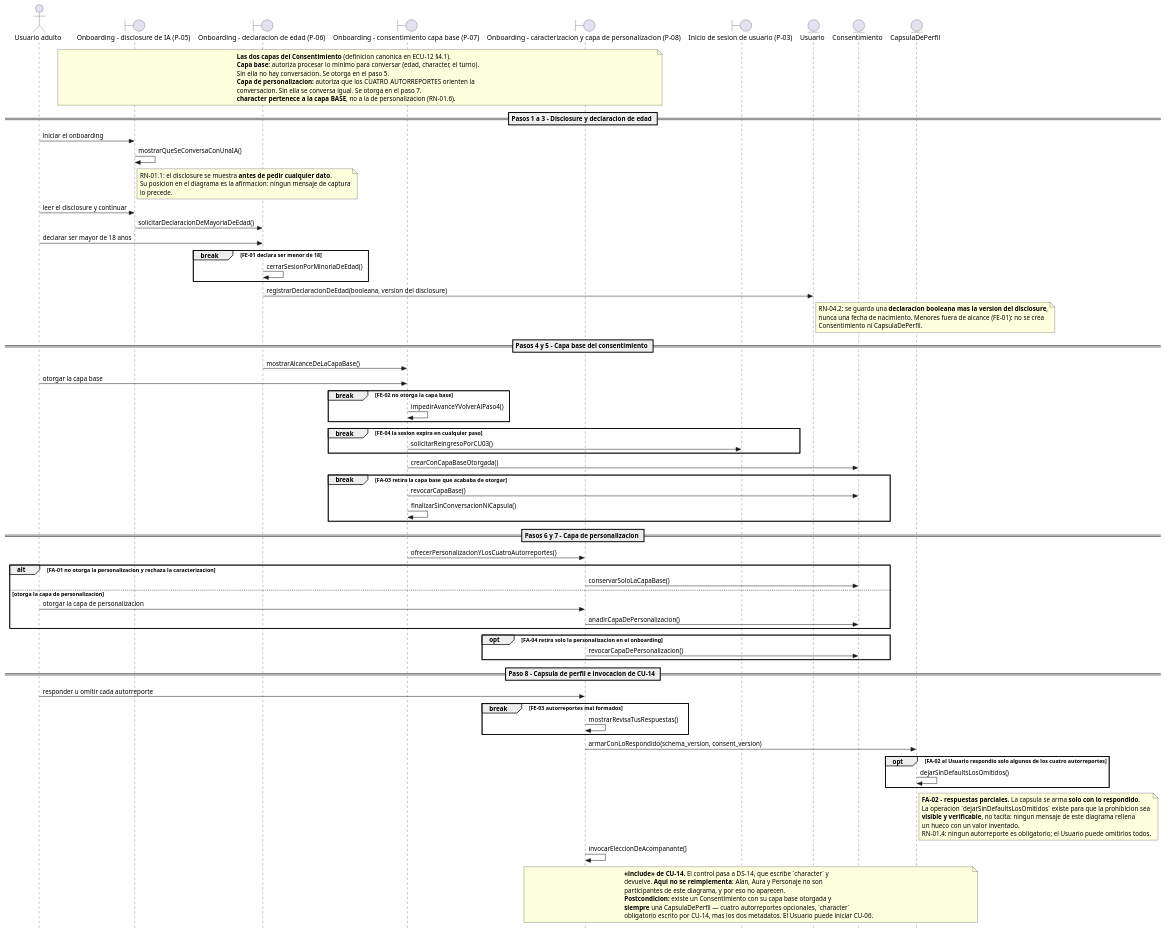
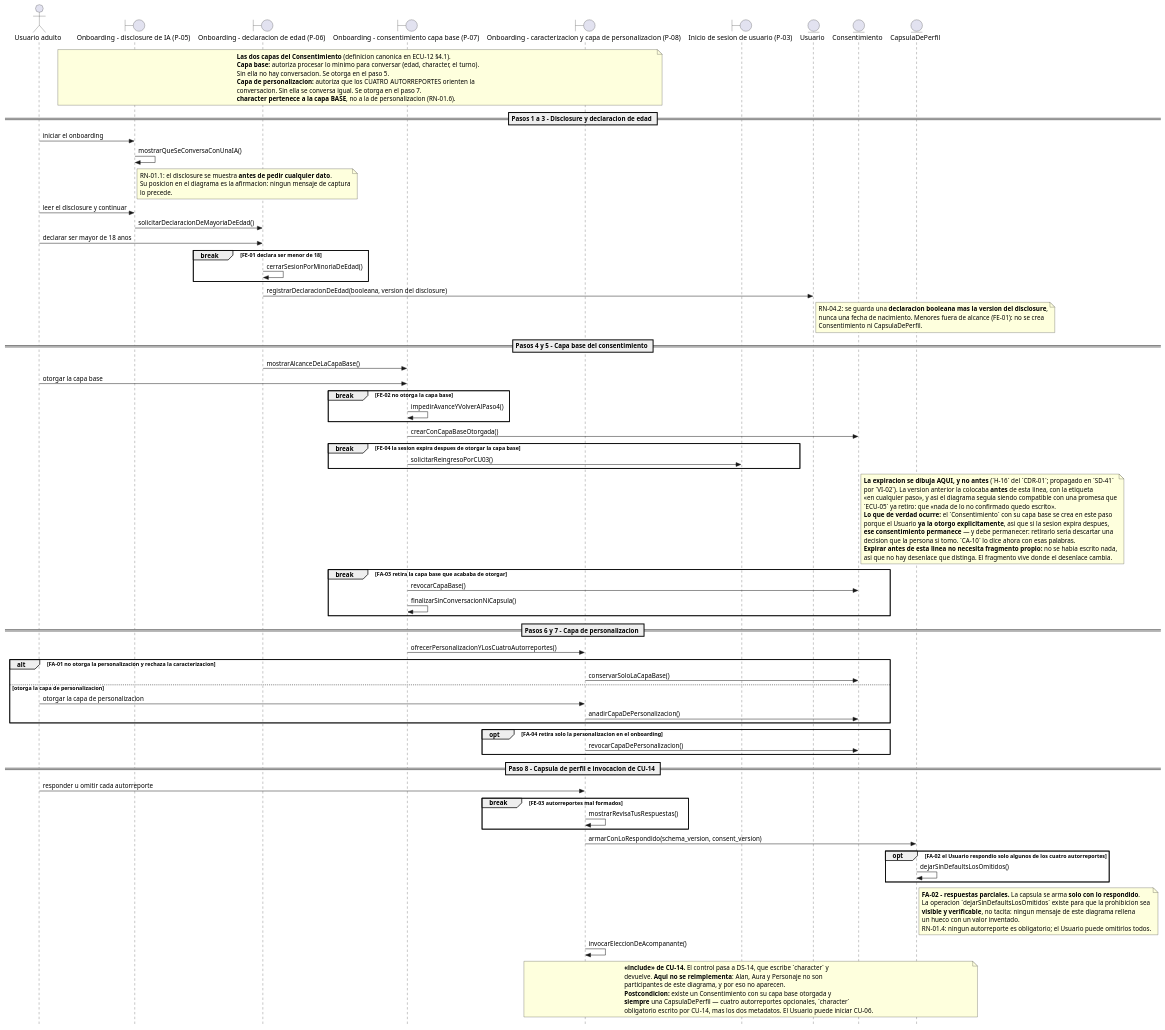
Before and after one commit to jonatan8254/alan-aura-academico: the diagram in docs/07_casos_uso/secuencia/puml/DS-05_secuencia_consentimiento_caracterizacion.puml, drawn with PlantUML. The commit also changed 11 other files, not shown here.

```diff
--- a/docs/07_casos_uso/secuencia/puml/DS-05_secuencia_consentimiento_caracterizacion.puml
+++ b/docs/07_casos_uso/secuencia/puml/DS-05_secuencia_consentimiento_caracterizacion.puml
@@ -1,134 +1,153 @@
 @startuml
 ' DS-05 - Secuencia de CU-05 «Otorgar consentimiento y crear la capsula de perfil»
+' v1.3 (VI-02 del CDR-01 v1.4, SD-41): FE-04 se mueve DESPUES de crearConCapaBaseOtorgada().
+'       Estaba antes, con la etiqueta «en cualquier paso», y asi el diagrama seguia siendo
+'       compatible con la promesa que ECU-05 retiro en H-16 —«nada de lo no confirmado quedo
+'       escrito»—. El Consentimiento de la capa base se crea en el paso 5 porque el Usuario ya
+'       la otorgo, asi que expirar despues lo encuentra escrito, y debe dejarlo. Expirar antes
+'       no necesita fragmento: no se habia escrito nada. Sin cambio en el conteo de mensajes.
 ' v1.2 (VI-01 del CDR-01 v1.4, SD-41): FE-02 y FE-03 vuelven de opt a BREAK.
 '       Criterio: estan a profundidad 0 —el fragmento envolvente es la interaccion
 '       entera— y su fila de ECU declara que el remanente NO se ejecuta. En UML 2.5
 '       `break` ejecuta su operando EN LUGAR DEL RESTO: es esa semantica exacta.
 '       `opt` solo saltaba su cuerpo y el flujo caia al exito.
 '       Consecuencia declarada: para estos casos el `break` ORIGINAL era correcto y
 '       esa parte de H-01 fue un falso positivo. Ver DS-00 §12.
 ' v1.1 (CDR-01, H-01): FE-02 y FE-03 pasan de break a opt — su texto declara «Vuelve».
 ' v1.0 (fase de diseno detallado, ICONIX paso 6)
 ' Insumos: DR-05 v2.0 (16 controladores), ECU-05 v2.0, MD-01 v1.4, DCU-01 v2.1,
 '          DIS-00 (P-05..P-08; destino P-03), PRIV-01, MV-01 §7.
 ' Capa de infraestructura: NO EJECUTADA por decision declarada (E-1 de DS-00).
 
 skinparam style strictuml
 skinparam shadowing false
 skinparam responseMessageBelowArrow true
 
 actor "Usuario adulto" as ACT_Usuario
 boundary "Onboarding - disclosure de IA (P-05)" as B_PantallaDisclosure
 boundary "Onboarding - declaracion de edad (P-06)" as B_PantallaEdad
 boundary "Onboarding - consentimiento capa base (P-07)" as B_PantallaConsentimiento
 boundary "Onboarding - caracterizacion y capa de personalizacion (P-08)" as B_PantallaCaracterizacion
 boundary "Inicio de sesion de usuario (P-03)" as B_PaginaInicioSesion
 entity "Usuario" as E_Usuario
 entity "Consentimiento" as E_Consentimiento
 entity "CapsulaDePerfil" as E_CapsulaDePerfil
 
 note over B_PantallaDisclosure, B_PantallaCaracterizacion
   <b>Las dos capas del Consentimiento</b> (definicion canonica en ECU-12 §4.1).
   <b>Capa base:</b> autoriza procesar lo minimo para conversar (edad, character, el turno).
   Sin ella no hay conversacion. Se otorga en el paso 5.
   <b>Capa de personalizacion:</b> autoriza que los CUATRO AUTORREPORTES orienten la
   conversacion. Sin ella se conversa igual. Se otorga en el paso 7.
   <b>character pertenece a la capa BASE</b>, no a la de personalizacion (RN-01.6).
 end note
 
 == Pasos 1 a 3 - Disclosure y declaracion de edad ==
 
 ACT_Usuario -> B_PantallaDisclosure : iniciar el onboarding
 B_PantallaDisclosure -> B_PantallaDisclosure : mostrarQueSeConversaConUnaIA()
 
 note right of B_PantallaDisclosure
   RN-01.1: el disclosure se muestra <b>antes de pedir cualquier dato</b>.
   Su posicion en el diagrama es la afirmacion: ningun mensaje de captura
   lo precede.
 end note
 
 ACT_Usuario -> B_PantallaDisclosure : leer el disclosure y continuar
 B_PantallaDisclosure -> B_PantallaEdad : solicitarDeclaracionDeMayoriaDeEdad()
 ACT_Usuario -> B_PantallaEdad : declarar ser mayor de 18 anos
 
 break FE-01 declara ser menor de 18
   B_PantallaEdad -> B_PantallaEdad : cerrarSesionPorMinoriaDeEdad()
 end
 
 B_PantallaEdad -> E_Usuario : registrarDeclaracionDeEdad(booleana, version del disclosure)
 
 note right of E_Usuario
   RN-04.2: se guarda una <b>declaracion booleana mas la version del disclosure</b>,
   nunca una fecha de nacimiento. Menores fuera de alcance (FE-01): no se crea
   Consentimiento ni CapsulaDePerfil.
 end note
 
 == Pasos 4 y 5 - Capa base del consentimiento ==
 
 B_PantallaEdad -> B_PantallaConsentimiento : mostrarAlcanceDeLaCapaBase()
 ACT_Usuario -> B_PantallaConsentimiento : otorgar la capa base
 
 break FE-02 no otorga la capa base
   B_PantallaConsentimiento -> B_PantallaConsentimiento : impedirAvanceYVolverAlPaso4()
 end
 
-break FE-04 la sesion expira en cualquier paso
+B_PantallaConsentimiento -> E_Consentimiento : crearConCapaBaseOtorgada()
+
+break FE-04 la sesion expira despues de otorgar la capa base
   B_PantallaConsentimiento -> B_PaginaInicioSesion : solicitarReingresoPorCU03()
 end
 
-B_PantallaConsentimiento -> E_Consentimiento : crearConCapaBaseOtorgada()
+note right of E_Consentimiento
+  <b>La expiracion se dibuja AQUI, y no antes</b> (`H-16` del `CDR-01`; propagado en `SD-41`
+  por `VI-02`). La version anterior la colocaba <b>antes</b> de esta linea, con la etiqueta
+  «en cualquier paso», y asi el diagrama seguia siendo compatible con una promesa que
+  `ECU-05` ya retiro: que «nada de lo no confirmado quedo escrito».
+  <b>Lo que de verdad ocurre:</b> el `Consentimiento` con su capa base se crea en este paso
+  porque el Usuario <b>ya la otorgo explicitamente</b>, asi que si la sesion expira despues,
+  <b>ese consentimiento permanece</b> — y debe permanecer: retirarlo seria descartar una
+  decision que la persona si tomo. `CA-10` lo dice ahora con esas palabras.
+  <b>Expirar antes de esta linea no necesita fragmento propio:</b> no se habia escrito nada,
+  asi que no hay desenlace que distinga. El fragmento vive donde el desenlace cambia.
+end note
 
 break FA-03 retira la capa base que acababa de otorgar
   B_PantallaConsentimiento -> E_Consentimiento : revocarCapaBase()
   B_PantallaConsentimiento -> B_PantallaConsentimiento : finalizarSinConversacionNiCapsula()
 end
 
 == Pasos 6 y 7 - Capa de personalizacion ==
 
 B_PantallaConsentimiento -> B_PantallaCaracterizacion : ofrecerPersonalizacionYLosCuatroAutorreportes()
 
 alt FA-01 no otorga la personalizacion y rechaza la caracterizacion
   B_PantallaCaracterizacion -> E_Consentimiento : conservarSoloLaCapaBase()
 else otorga la capa de personalizacion
   ACT_Usuario -> B_PantallaCaracterizacion : otorgar la capa de personalizacion
   B_PantallaCaracterizacion -> E_Consentimiento : anadirCapaDePersonalizacion()
 end
 
 opt FA-04 retira solo la personalizacion en el onboarding
   B_PantallaCaracterizacion -> E_Consentimiento : revocarCapaDePersonalizacion()
 end
 
 == Paso 8 - Capsula de perfil e invocacion de CU-14 ==
 
 ACT_Usuario -> B_PantallaCaracterizacion : responder u omitir cada autorreporte
 
 break FE-03 autorreportes mal formados
   B_PantallaCaracterizacion -> B_PantallaCaracterizacion : mostrarRevisaTusRespuestas()
 end
 
 B_PantallaCaracterizacion -> E_CapsulaDePerfil : armarConLoRespondido(schema_version, consent_version)
 
 opt FA-02 el Usuario respondio solo algunos de los cuatro autorreportes
   E_CapsulaDePerfil -> E_CapsulaDePerfil : dejarSinDefaultsLosOmitidos()
 end
 
 note right of E_CapsulaDePerfil
   <b>FA-02 - respuestas parciales.</b> La capsula se arma <b>solo con lo respondido</b>.
   La operacion `dejarSinDefaultsLosOmitidos` existe para que la prohibicion sea
   <b>visible y verificable</b>, no tacita: ningun mensaje de este diagrama rellena
   un hueco con un valor inventado.
   RN-01.4: ningun autorreporte es obligatorio; el Usuario puede omitirlos todos.
 end note
 
 B_PantallaCaracterizacion -> B_PantallaCaracterizacion : invocarEleccionDeAcompanante()
 
 note over B_PantallaCaracterizacion, E_CapsulaDePerfil
   <b><<include>> de CU-14.</b> El control pasa a DS-14, que escribe `character` y
   devuelve. <b>Aqui no se reimplementa</b>: Alan, Aura y Personaje no son
   participantes de este diagrama, y por eso no aparecen.
   <b>Postcondicion:</b> existe un Consentimiento con su capa base otorgada y
   <b>siempre</b> una CapsulaDePerfil — cuatro autorreportes opcionales, `character`
   obligatorio escrito por CU-14, mas los dos metadatos. El Usuario puede iniciar CU-06.
 end note
 
 @enduml
```
